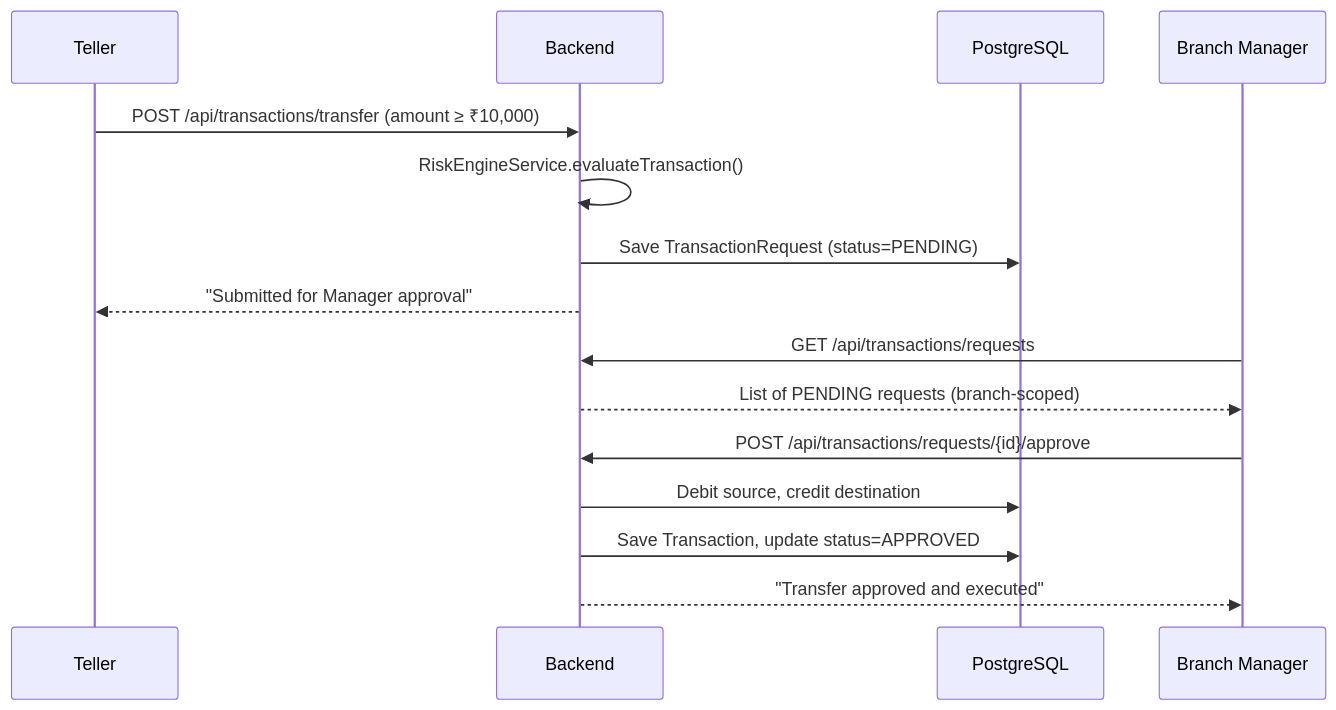
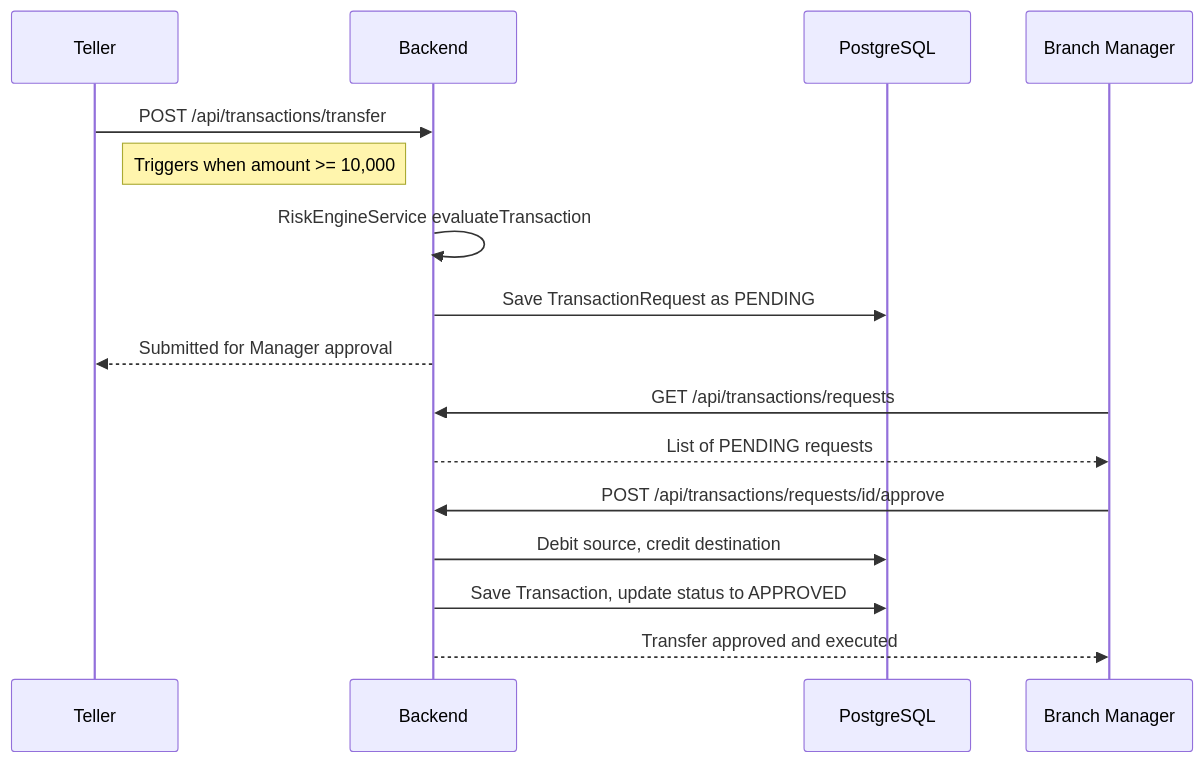
The third of 9 diagrams in README.md (OMKAR-COD636/BankOfCaptcha), drawn with Mermaid before and after one commit. The commit also changed other lines of this file, not shown here.

Commit message:
fix: fixed cryptographic diagram not rendering in github

````diff
--- a/README.md
+++ b/README.md
@@ -222,20 +222,21 @@
 ```mermaid
 sequenceDiagram
     participant T as Teller
     participant BE as Backend
     participant DB as PostgreSQL
     participant M as Branch Manager
 
-    T->>BE: POST /api/transactions/transfer (amount ≥ ₹10,000)
-    BE->>BE: RiskEngineService.evaluateTransaction()
-    BE->>DB: Save TransactionRequest (status=PENDING)
-    BE-->>T: "Submitted for Manager approval"
+    T->>BE: POST /api/transactions/transfer
+    Note right of T: Triggers when amount >= 10,000
+    BE->>BE: RiskEngineService evaluateTransaction
+    BE->>DB: Save TransactionRequest as PENDING
+    BE-->>T: Submitted for Manager approval
 
     M->>BE: GET /api/transactions/requests
-    BE-->>M: List of PENDING requests (branch-scoped)
+    BE-->>M: List of PENDING requests
 
-    M->>BE: POST /api/transactions/requests/{id}/approve
+    M->>BE: POST /api/transactions/requests/id/approve
     BE->>DB: Debit source, credit destination
-    BE->>DB: Save Transaction, update status=APPROVED
-    BE-->>M: "Transfer approved and executed"
+    BE->>DB: Save Transaction, update status to APPROVED
+    BE-->>M: Transfer approved and executed
 ```
````
